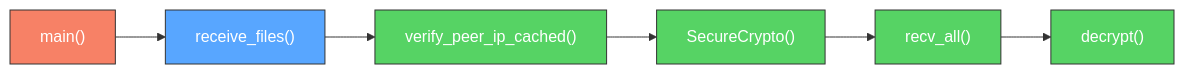
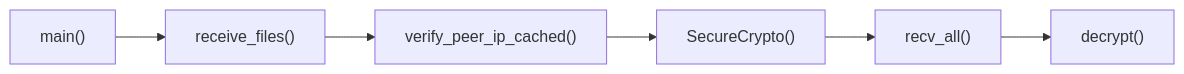
The third of 4 diagrams in docs/index.md (proudsunburn/ftransfer), drawn with Mermaid before and after one commit. The commit also changed other lines of this file and 23 other files, not shown here.

Commit message:
MINOR: Remove colors from mermaid for easy light/dark mode switching

````diff
--- a/docs/index.md
+++ b/docs/index.md
@@ -44,12 +36,8 @@
 ```mermaid
 graph LR
-    main2["main()"]:::red --> receive["receive_files()"]:::blue
-    receive --> verify["verify_peer_ip_cached()"]:::green
-    verify --> crypto2["SecureCrypto()"]:::green
-    crypto2 --> recvall["recv_all()"]:::green
-    recvall --> decrypt["decrypt()"]:::green
-
-    classDef red fill:#f78166,stroke:#333,color:#fff
-    classDef blue fill:#58a6ff,stroke:#333,color:#fff
-    classDef green fill:#56d364,stroke:#333,color:#fff
+    main2["main()"] --> receive["receive_files()"]
+    receive --> verify["verify_peer_ip_cached()"]
+    verify --> crypto2["SecureCrypto()"]
+    crypto2 --> recvall["recv_all()"]
+    recvall --> decrypt["decrypt()"]
 ```
````
